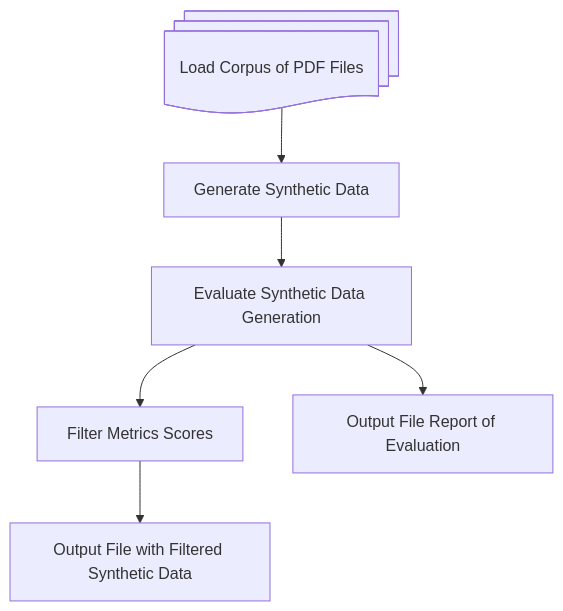
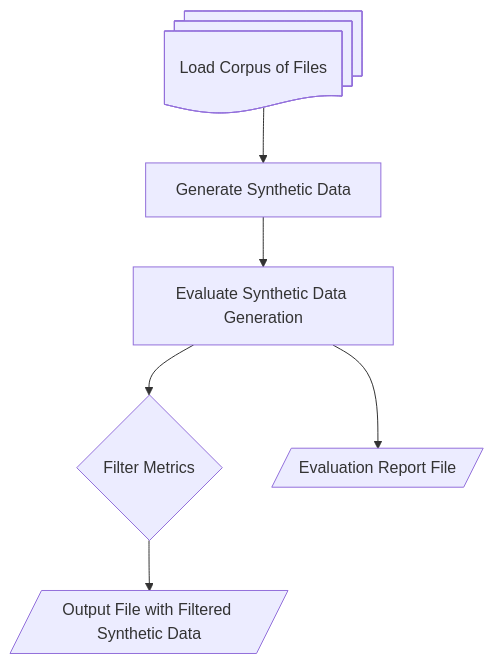
Before and after one commit to rte-france/wattelse: the first of 2 diagrams in wattelse/chatbot/eval/README.md, drawn with Mermaid. The commit also changed other lines of this file, not shown here.

Commit message:
[DOC] Evaluation Pipeline System. Related #112

````diff
--- a/wattelse/chatbot/eval/README.md
+++ b/wattelse/chatbot/eval/README.md
@@ -12,19 +12,19 @@
 ```mermaid
 
 graph TD
-    LoadCorpus@{ shape: docs, label: "Load Corpus of PDF Files" }
+    %% Nodes
+    LoadCorpus@{ shape: docs, label: "Load Corpus of Files" }
     GenerateData[Generate Synthetic Data]
     EvaluateData[Evaluate Synthetic Data Generation]
-    FilterData[Filter Metrics Scores]
-    OutputFile[Output File with Filtered Synthetic Data]
-    ReportFile[Output File Report of Evaluation]
+    FilterData{Filter Metrics}
+    OutputFile[/Output File with Filtered Synthetic Data/]
+    ReportFile[/Evaluation Report File/]
 
+    %% Connections
     LoadCorpus --> GenerateData
     GenerateData --> EvaluateData
     EvaluateData --> ReportFile
     EvaluateData --> FilterData
-
-    %% Metrics Filtering
     FilterData --> OutputFile
 
 ```
````
